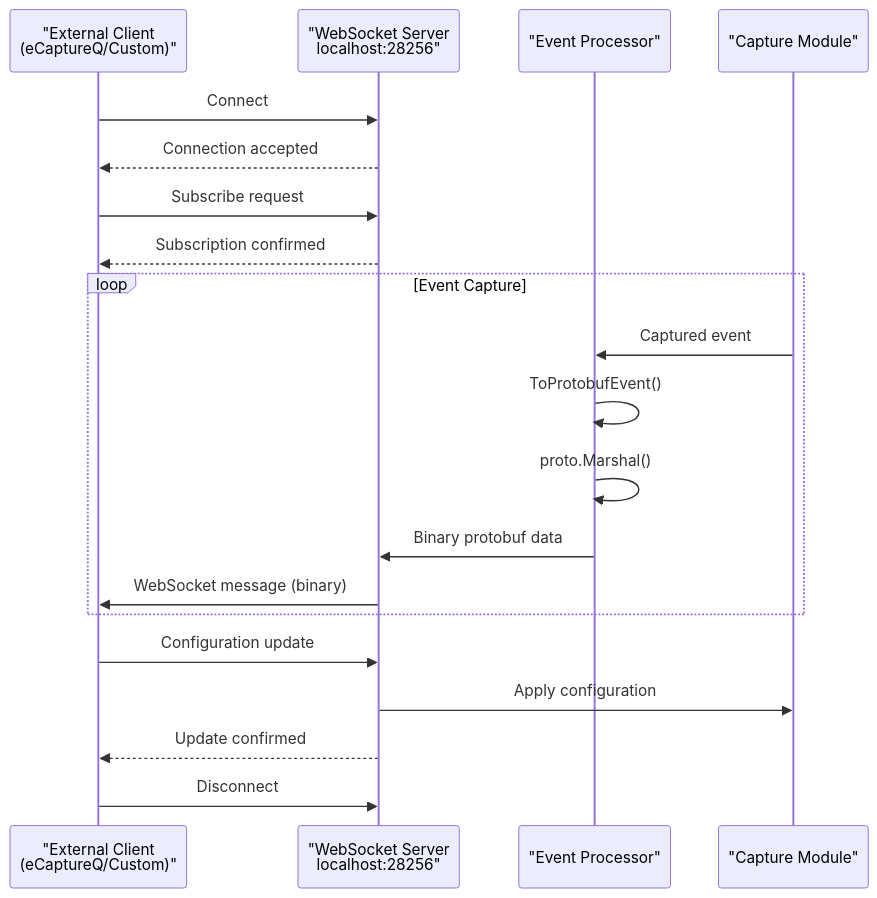
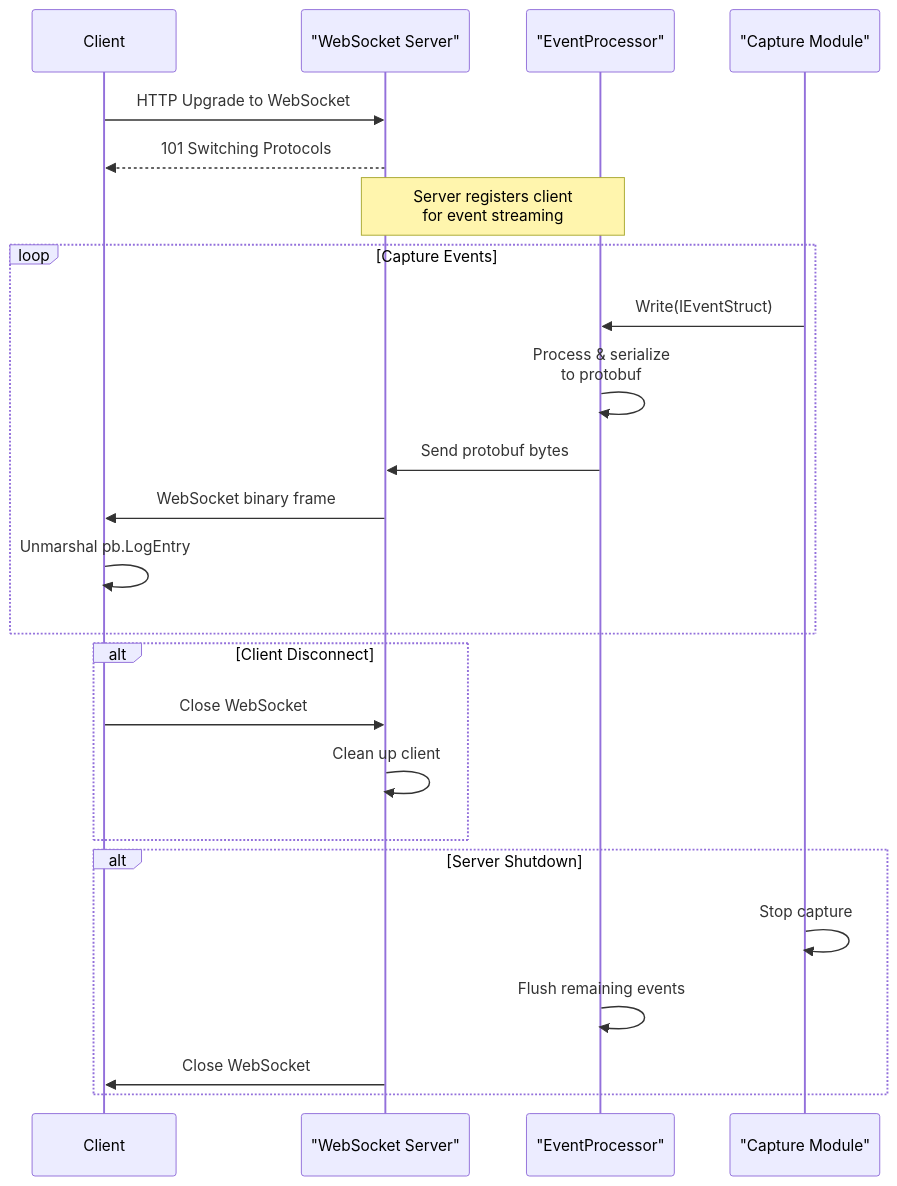
Before and after one commit to gojue/ecapture.cc: the fifth of 10 diagrams in src/en/4-output-formats/4.4-protobuf-and-external-integration.md, drawn with Mermaid. The commit also changed other lines of this file and 115 other files, not shown here.

````diff
--- a/src/en/4-output-formats/4.4-protobuf-and-external-integration.md
+++ b/src/en/4-output-formats/4.4-protobuf-and-external-integration.md
@@ -218,27 +236,31 @@
 ```mermaid
 sequenceDiagram
-    participant Client as "External Client<br/>(eCaptureQ/Custom)"
-    participant WS as "WebSocket Server<br/>localhost:28256"
-    participant EventProc as "Event Processor"
+    participant Client
+    participant WSServer as "WebSocket Server"
+    participant EventProc as "EventProcessor"
     participant Module as "Capture Module"
     
-    Client->>WS: Connect
-    WS-->>Client: Connection accepted
+    Client->>WSServer: HTTP Upgrade to WebSocket
+    WSServer-->>Client: 101 Switching Protocols
     
-    Client->>WS: Subscribe request
-    WS-->>Client: Subscription confirmed
+    Note over WSServer,EventProc: Server registers client<br/>for event streaming
     
-    loop Event Capture
-        Module->>EventProc: Captured event
-        EventProc->>EventProc: ToProtobufEvent()
-        EventProc->>EventProc: proto.Marshal()
-        EventProc->>WS: Binary protobuf data
-        WS->>Client: WebSocket message (binary)
+    loop Capture Events
+        Module->>EventProc: Write(IEventStruct)
+        EventProc->>EventProc: Process & serialize<br/>to protobuf
+        EventProc->>WSServer: Send protobuf bytes
+        WSServer->>Client: WebSocket binary frame
+        Client->>Client: Unmarshal pb.LogEntry
     end
     
-    Client->>WS: Configuration update
-    WS->>Module: Apply configuration
-    WS-->>Client: Update confirmed
+    alt Client Disconnect
+        Client->>WSServer: Close WebSocket
+        WSServer->>WSServer: Clean up client
+    end
     
-    Client->>WS: Disconnect
+    alt Server Shutdown
+        Module->>Module: Stop capture
+        EventProc->>EventProc: Flush remaining events
+        WSServer->>Client: Close WebSocket
+    end
 ```
````
